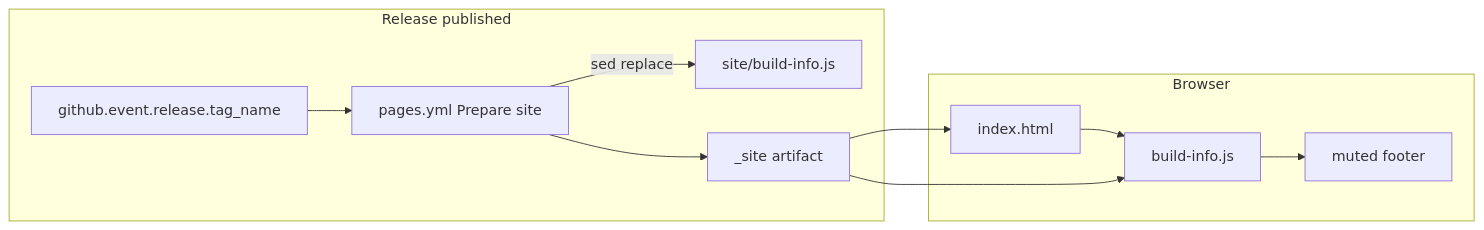
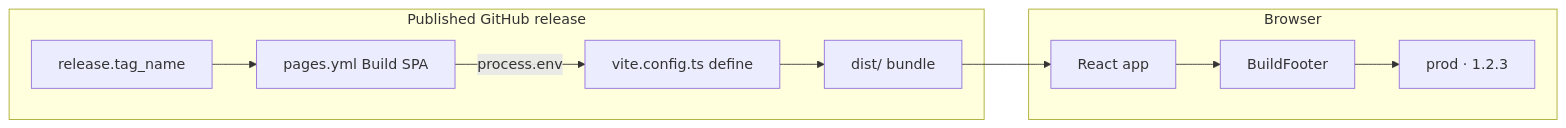
Before and after one commit to pskillen/codeplug-tool: the diagram in .cursor/skills/version-number/SKILL.md, drawn with Mermaid. The commit also changed other lines of this file and 3 other files, not shown here.

First line of the commit message:
docs(spa): update agent guidance for Vite SPA build

````diff
--- a/.cursor/skills/version-number/SKILL.md
+++ b/.cursor/skills/version-number/SKILL.md
@@ -184,14 +161,13 @@
 ```mermaid
 flowchart LR
-  subgraph deploy [Release published]
-    TAG[github.event.release.tag_name] --> WF[pages.yml Prepare site]
-    WF -->|sed replace| BI[site/build-info.js]
-    WF --> ART[_site artifact]
+  subgraph deploy [Published GitHub release]
+    TAG[release.tag_name] --> WF[pages.yml Build SPA]
+    WF -->|process.env| VITE[vite.config.ts define]
+    VITE --> DIST[dist/ bundle]
   end
   subgraph runtime [Browser]
-    HTML[index.html] --> BI2[build-info.js]
-    BI2 --> Footer[muted footer]
+    APP[React app] --> Footer[BuildFooter]
+    Footer --> Text["prod · 1.2.3"]
   end
-  ART --> HTML
-  ART --> BI2
+  DIST --> APP
 ```
````
